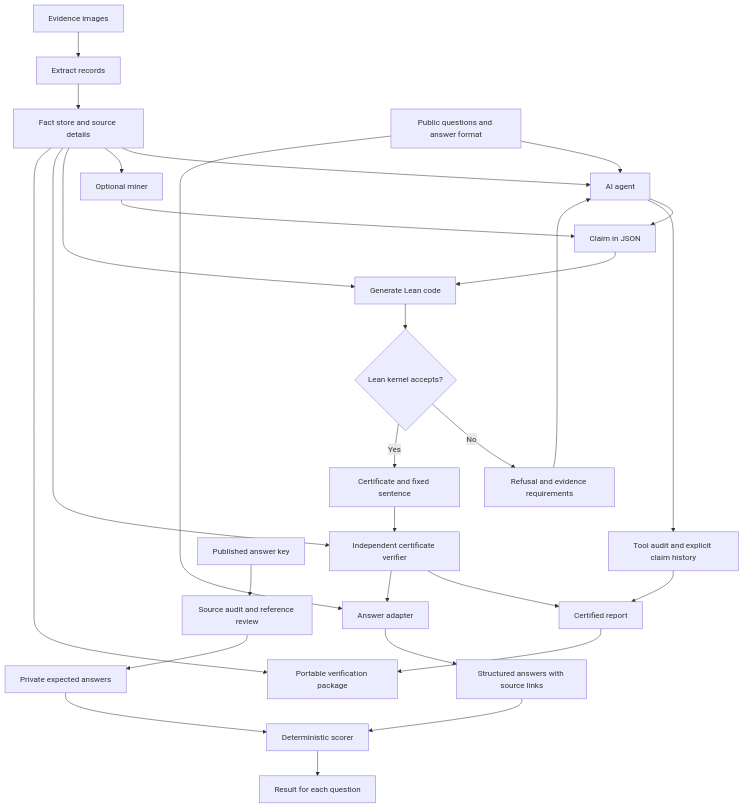
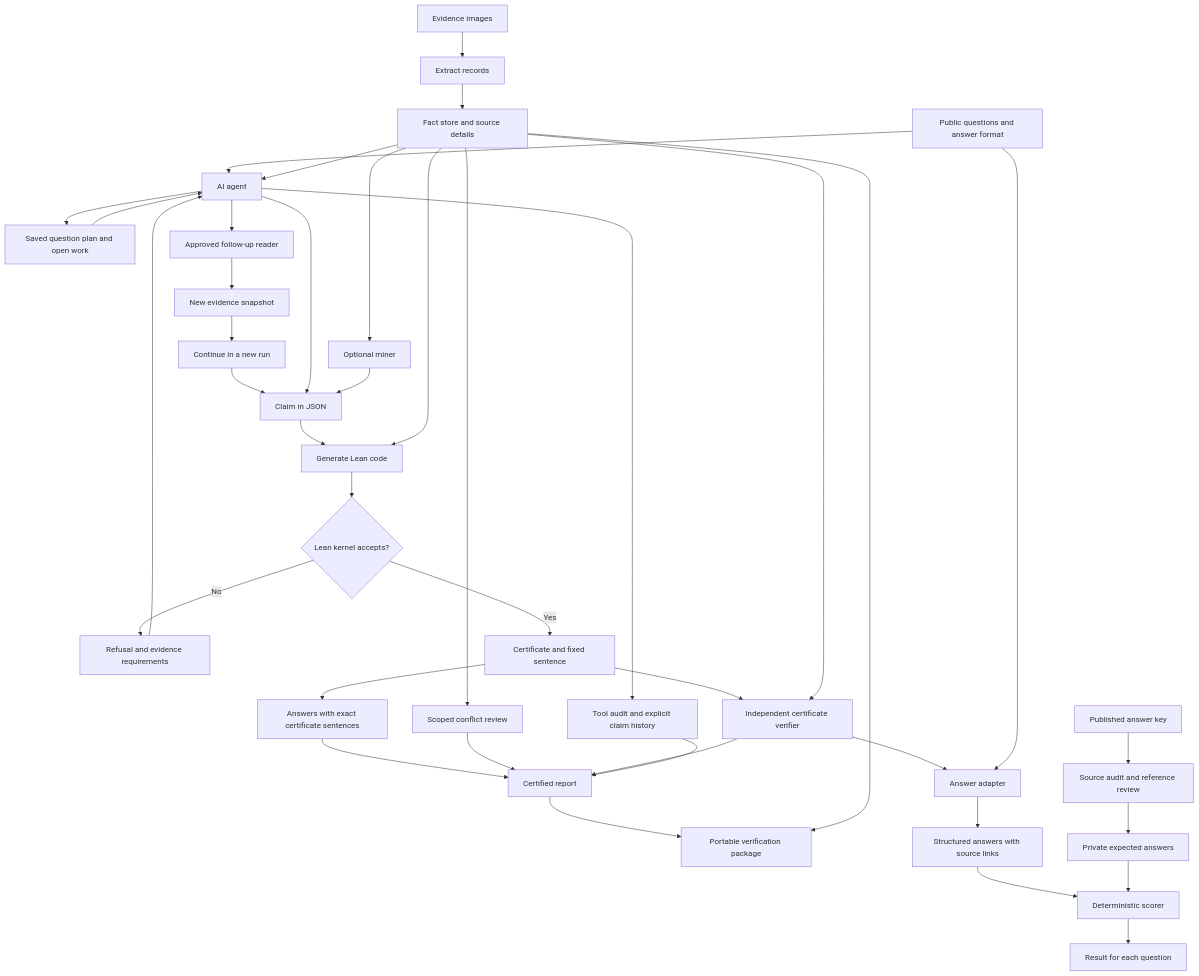
The diagram in README.md (pauljiang03/chain-of-proof), drawn with Mermaid before and after one commit. The commit also changed other lines of this file and 33 other files, not shown here.

Commit message:
Add evidence intake, investigation plans, continuation and conflict review

````diff
--- a/README.md
+++ b/README.md
@@ -77,31 +135,41 @@
 ```mermaid
 flowchart TD
     I[Evidence images] --> E[Extract records]
     E --> F[Fact store and source details]
     Q[Public questions and answer format] --> S[AI agent]
+    S --> W[Saved question plan and open work]
+    W --> S
+    S --> N[Approved follow-up reader]
+    N --> F2[New evidence snapshot]
+    F2 --> S2[Continue in a new run]
+    S2 --> C
     F --> S
     F --> M[Optional miner]
     S --> C[Claim in JSON]
     M --> C
     C --> G[Generate Lean code]
     F --> G
     G --> K{Lean kernel accepts?}
     K -->|No| X[Refusal and evidence requirements]
     X --> S
     K -->|Yes| B[Certificate and fixed sentence]
+    B --> QA[Answers with exact certificate sentences]
+    QA --> R
+    F --> CR[Scoped conflict review]
+    CR --> R
     B --> V[Independent certificate verifier]
     F --> V
     V --> R[Certified report]
     S --> L[Tool audit and explicit claim history]
     L --> R
     R --> Z[Portable verification package]
     F --> Z
     V --> A[Answer adapter]
     Q --> A
     A --> J[Structured answers with source links]
     J --> T[Deterministic scorer]
     P[Published answer key] --> U[Source audit and reference review]
     U --> H[Private expected answers]
     H --> T
     T --> O[Result for each question]
 ```
````
